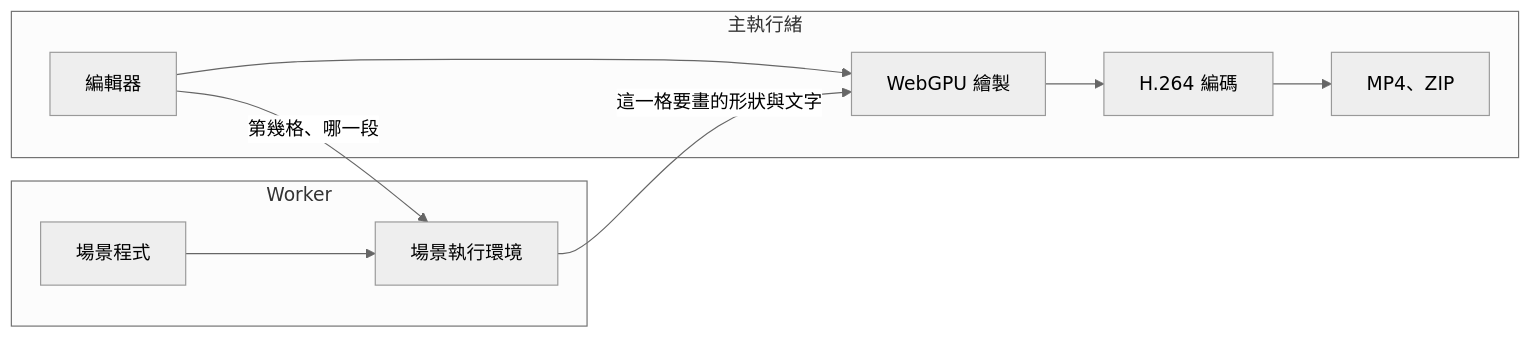
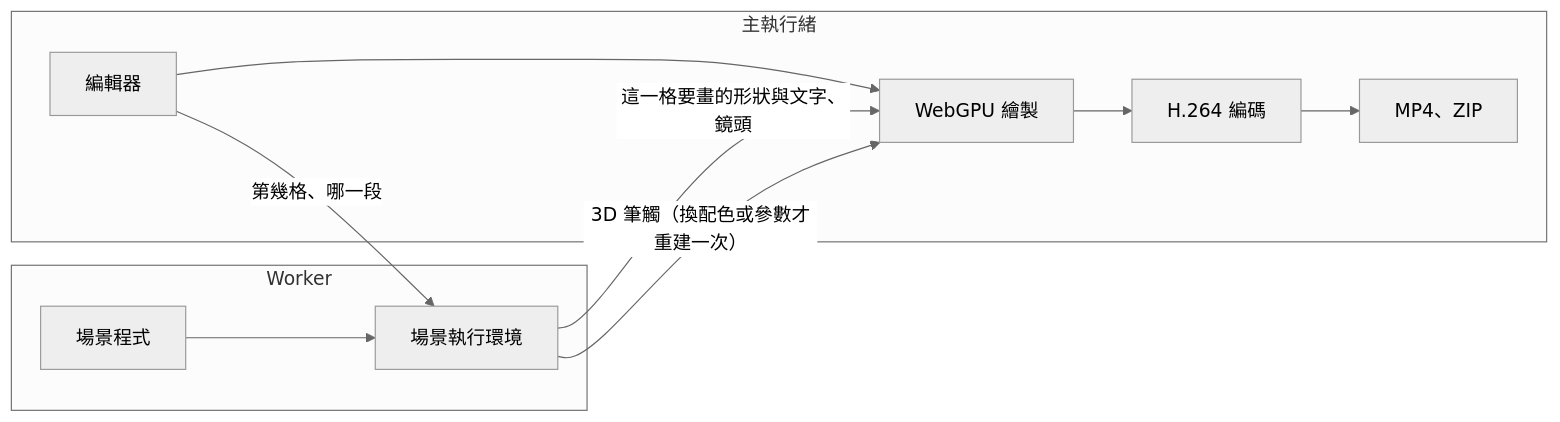
One commit to 1AccordLab/worship-motion changed the second of 3 diagrams in docs/architecture.md. Above: the diagram before and after it, drawn with Mermaid (neutral theme). The commit also changed other lines of this file and 19 other files, not shown here.

````diff
--- a/docs/architecture.md
+++ b/docs/architecture.md
@@ -27,13 +27,14 @@
 ```mermaid
 flowchart LR
   subgraph W[Worker]
     S[場景程式] --> R[場景執行環境]
   end
   subgraph M[主執行緒]
     E[編輯器] --> G[WebGPU 繪製]
     G --> V[H.264 編碼]
     V --> P[MP4、ZIP]
   end
   E -- 第幾格、哪一段 --> R
-  R -- 這一格要畫的形狀與文字 --> G
+  R -- 這一格要畫的形狀與文字、鏡頭 --> G
+  R -- 3D 筆觸（換配色或參數才重建一次） --> G
 ```
````
